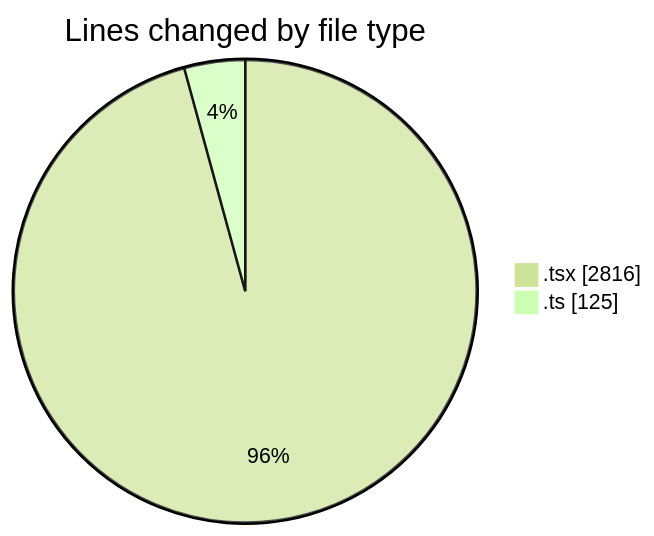
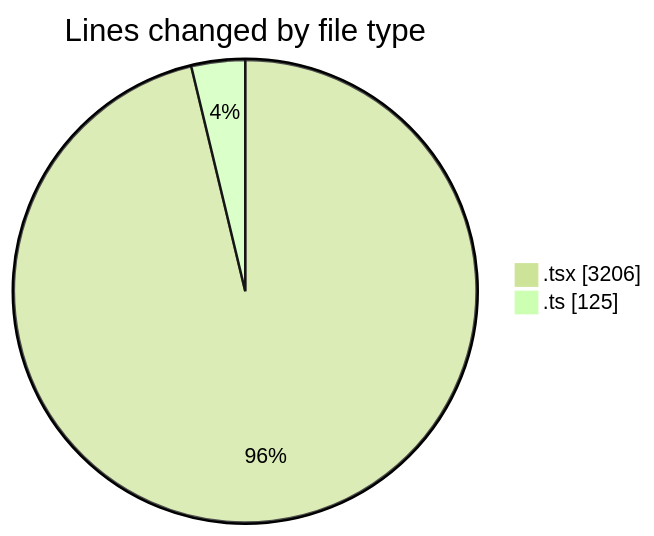
Before and after one commit to nxtqubesakshisongat/code-tracking: the first of 2 diagrams in 2026-03-22/nxtqube_webapp/README.md, drawn with Mermaid (forest theme). The commit also changed other lines of this file and 1 other file, not shown here.

````diff
--- a/2026-03-22/nxtqube_webapp/README.md
+++ b/2026-03-22/nxtqube_webapp/README.md
@@ -24,6 +25,6 @@
 ```mermaid
 pie showData
 title Lines changed by file type
-".tsx" : 2816
+".tsx" : 3206
 ".ts" : 125
 ```
````
